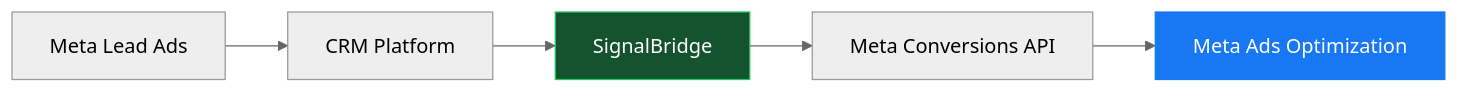
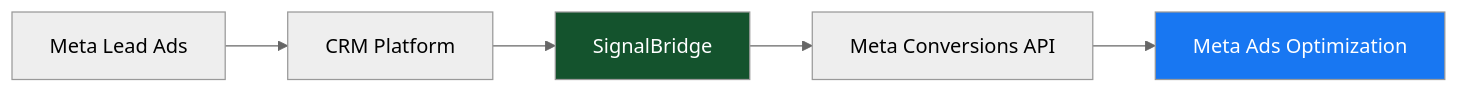
One commit to toyouin2000/signalbridge changed the first of 6 diagrams in README.md. Above: the diagram before and after it, drawn with Mermaid (neutral theme). The commit also changed other lines of this file, not shown here.

````diff
--- a/README.md
+++ b/README.md
@@ -50,10 +61,10 @@
 ```mermaid
 flowchart LR
     A["Meta Lead Ads"] --> B["CRM Platform"]
     B --> C["SignalBridge"]
     C --> D["Meta Conversions API"]
     D --> E["Meta Ads Optimization"]
 
-    style C fill:#14532d,color:#fff,stroke:#22c55e
-    style E fill:#1877F2,color:#fff,stroke:#1877F2
+    style C fill:#14532d,color:#ffffff
+    style E fill:#1877F2,color:#ffffff
 ```
````
